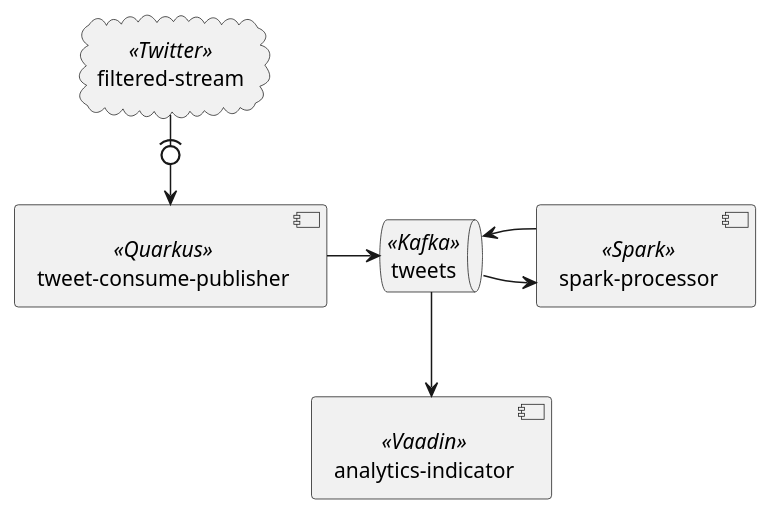
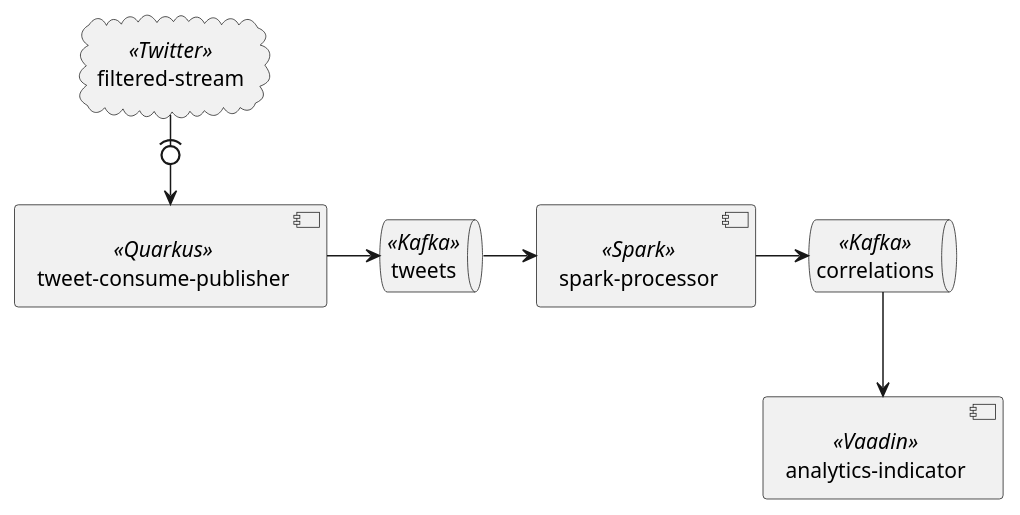
One commit to felix-seifert/social-weather-streamer changed the diagram in architecture.puml. Above: the diagram before and after it, drawn with PlantUML. The commit also changed 1 other file, not shown here.

Commit message:
Update architecture

```diff
--- a/architecture.puml
+++ b/architecture.puml
@@ -1,18 +1,20 @@
 @startuml
 
 cloud "filtered-stream"<<Twitter>>
+
 queue tweets<<Kafka>>
+queue correlations<<Kafka>>
 
 component "tweet-consume-publisher"<<Quarkus>>
 component "spark-processor"<<Spark>>
 component "analytics-indicator"<<Vaadin>>
 
 [filtered-stream] -(0-> [tweet-consume-publisher]
 [tweet-consume-publisher] -right-> [tweets]
 
 [tweets] -right-> [spark-processor]
-[spark-processor] -left-> [tweets]
+[spark-processor] -right-> [correlations]
 
-[tweets] --> [analytics-indicator]
+[correlations] --> [analytics-indicator]
 
 @enduml
```
